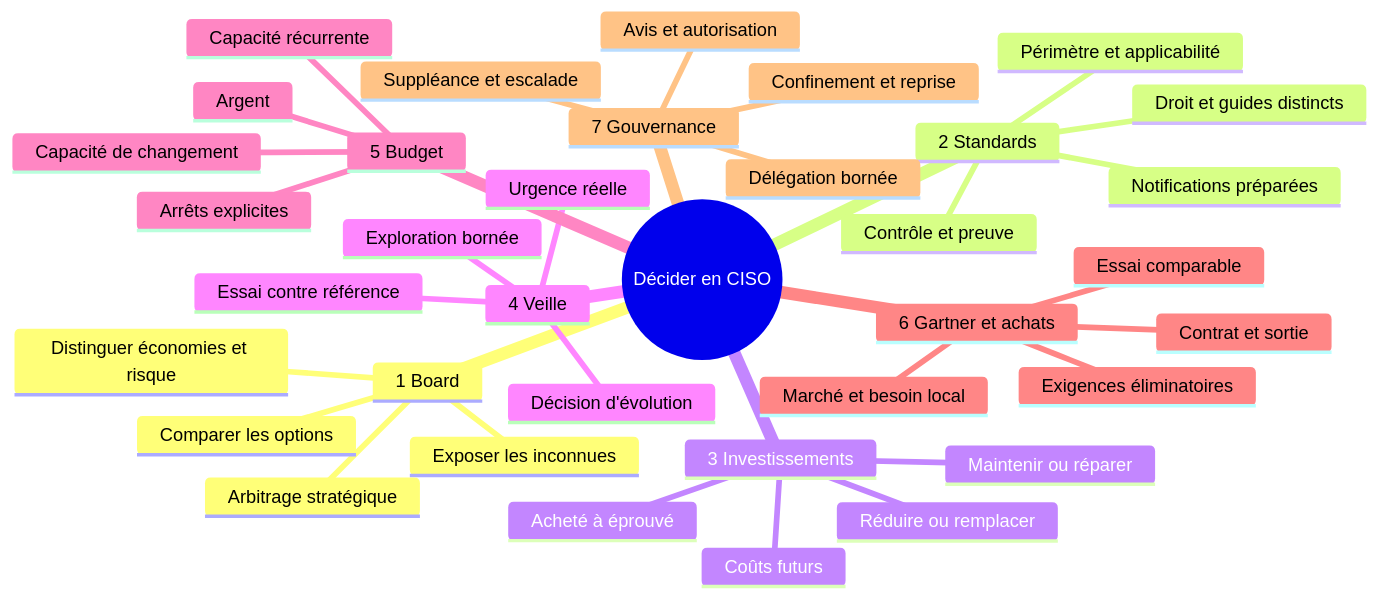
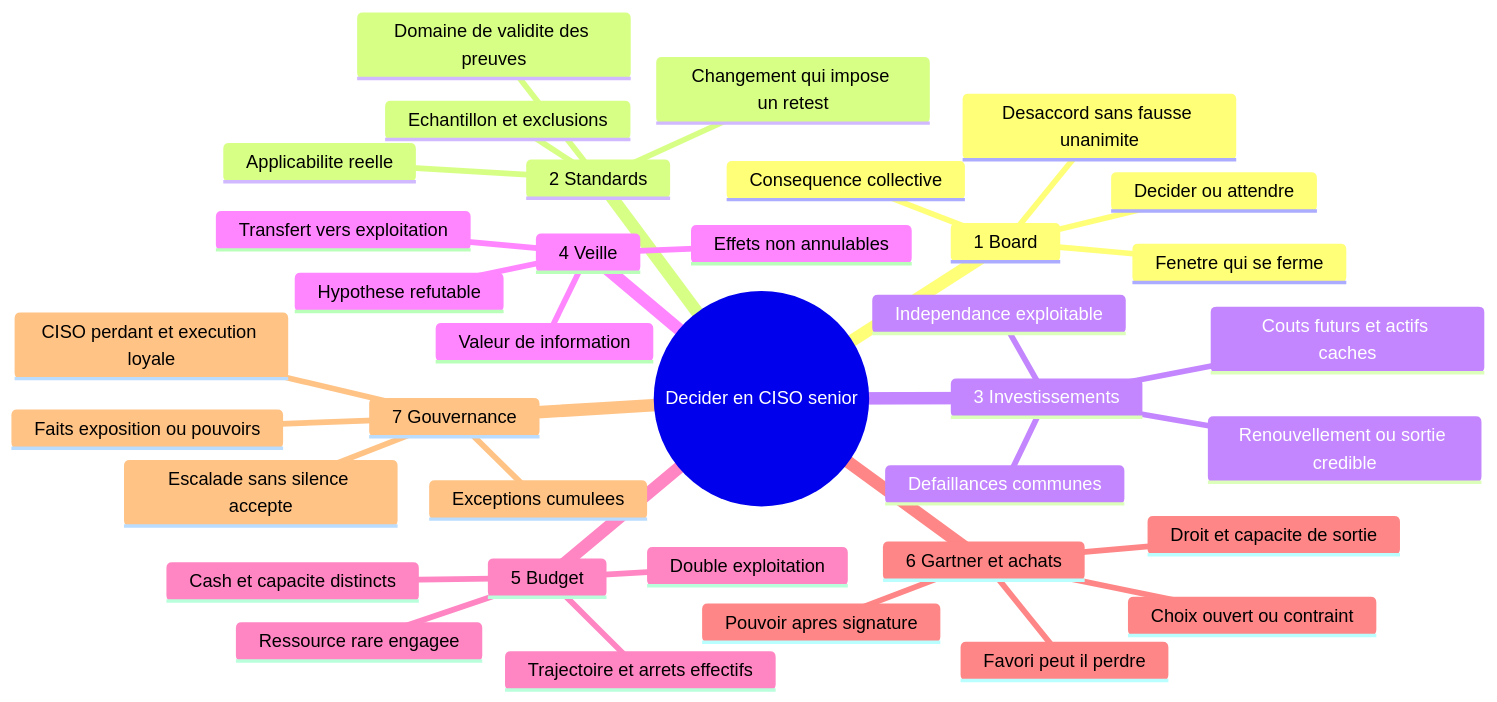
The first of 2 diagrams in books/ciso-fr/mind-map.md (oussamanaffati/SP_Security_book), drawn with Mermaid before and after one commit. The commit also changed other lines of this file and 23 other files, not shown here.

Commit message:
docs(ciso-fr): deepen senior CISO trade-offs with GPT and Grok reviews

````diff
--- a/books/ciso-fr/mind-map.md
+++ b/books/ciso-fr/mind-map.md
@@ -6,39 +7,39 @@
 ```mermaid
 mindmap
-  root((Décider en CISO))
+  root((Decider en CISO senior))
     1 Board
-      Comparer les options
-      Distinguer économies et risque
-      Exposer les inconnues
-      Arbitrage stratégique
+      Decider ou attendre
+      Fenetre qui se ferme
+      Consequence collective
+      Desaccord sans fausse unanimite
     2 Standards
-      Droit et guides distincts
-      Périmètre et applicabilité
-      Contrôle et preuve
-      Notifications préparées
+      Applicabilite reelle
+      Domaine de validite des preuves
+      Echantillon et exclusions
+      Changement qui impose un retest
     3 Investissements
-      Coûts futurs
-      Acheté à éprouvé
-      Maintenir ou réparer
-      Réduire ou remplacer
+      Couts futurs et actifs caches
+      Defaillances communes
+      Independance exploitable
+      Renouvellement ou sortie credible
     4 Veille
-      Urgence réelle
-      Décision d'évolution
-      Exploration bornée
-      Essai contre référence
+      Hypothese refutable
+      Valeur de information
+      Effets non annulables
+      Transfert vers exploitation
     5 Budget
-      Argent
-      Capacité de changement
-      Capacité récurrente
-      Arrêts explicites
+      Cash et capacite distincts
+      Ressource rare engagee
+      Double exploitation
+      Trajectoire et arrets effectifs
     6 Gartner et achats
-      Marché et besoin local
-      Exigences éliminatoires
-      Essai comparable
-      Contrat et sortie
+      Favori peut il perdre
+      Choix ouvert ou contraint
+      Pouvoir apres signature
+      Droit et capacite de sortie
     7 Gouvernance
-      Avis et autorisation
-      Délégation bornée
-      Suppléance et escalade
-      Confinement et reprise
+      Faits exposition ou pouvoirs
+      CISO perdant et execution loyale
+      Escalade sans silence accepte
+      Exceptions cumulees
 ```
````
